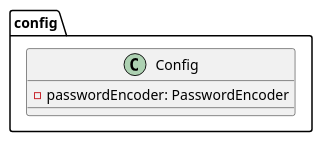
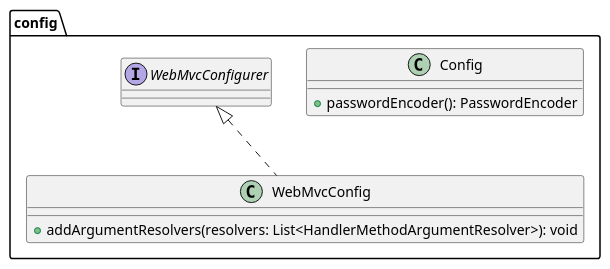
The diagram in plan/uml/class/config.plantuml (kanavii3333/ec-b), drawn with PlantUML before and after one commit. The commit also changed 1 other file, not shown here.

Commit message:
config/controller.plantuml

```diff
--- a/plan/uml/class/config.plantuml
+++ b/plan/uml/class/config.plantuml
@@ -1,6 +1,13 @@
 package config{
     class Config{
-        -passwordEncoder: PasswordEncoder
+        + passwordEncoder(): PasswordEncoder
   
     }
+
+
+    class WebMvcConfig implements WebMvcConfigurer {
+        + addArgumentResolvers(resolvers: List<HandlerMethodArgumentResolver>): void
+    }
+
+  
 }
```
